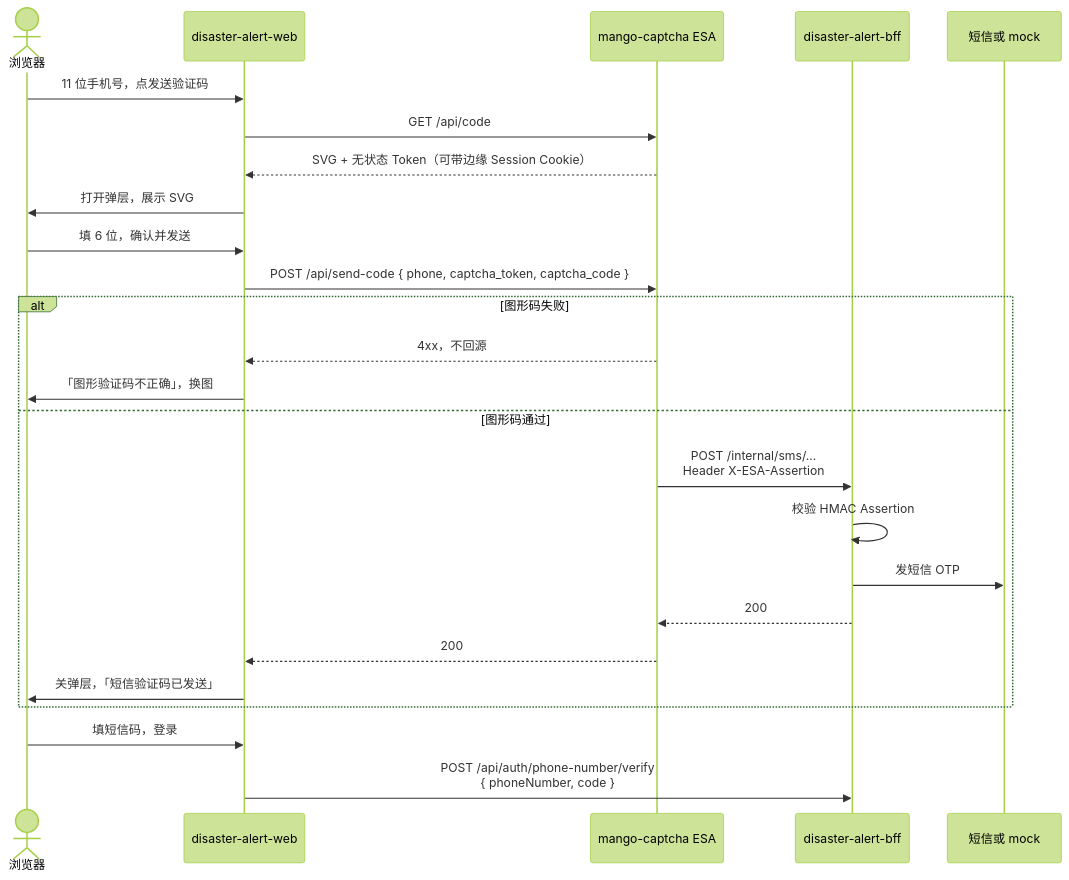
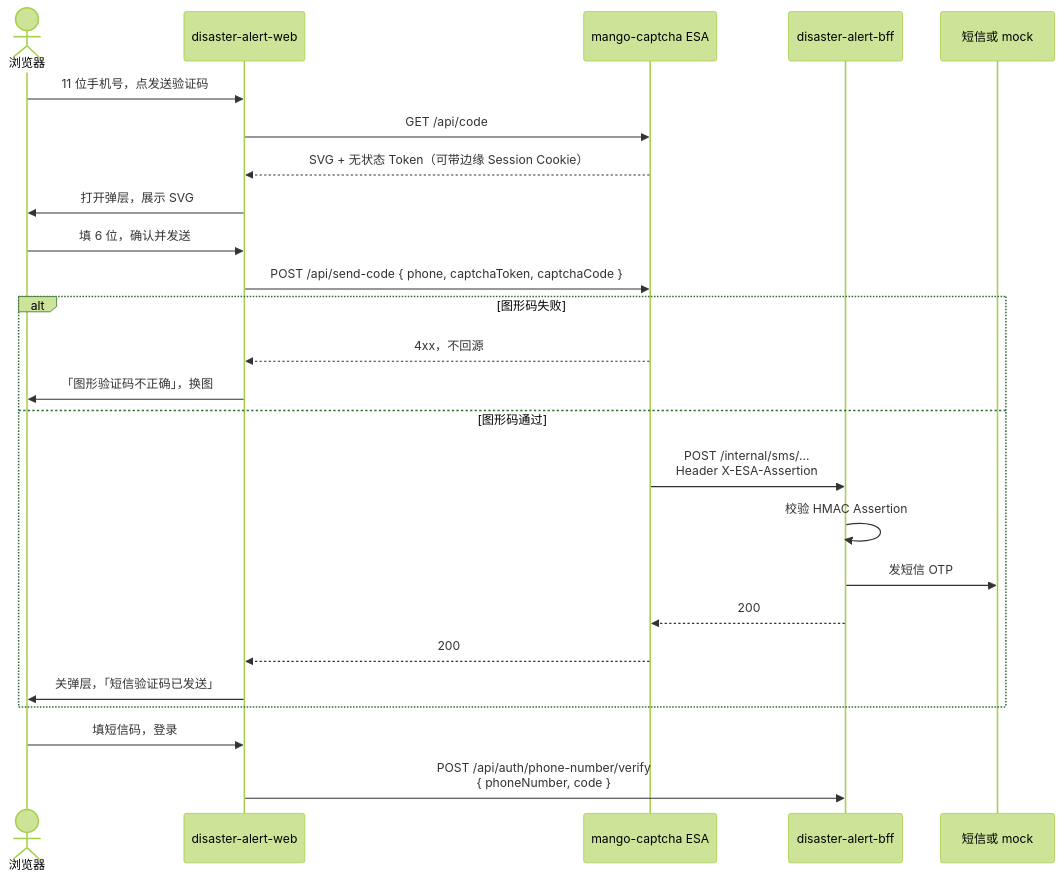
Before and after one commit to luyi2008/disaster-alert-web: the diagram in docs/superpowers/specs/2026-09-08-login-captcha-tech.md, drawn with Mermaid (forest theme). The commit also changed other lines of this file and 4 other files, not shown here.

````diff
--- a/docs/superpowers/specs/2026-09-08-login-captcha-tech.md
+++ b/docs/superpowers/specs/2026-09-08-login-captcha-tech.md
@@ -34,28 +34,28 @@
 ```mermaid
 sequenceDiagram
   actor U as 浏览器
   participant W as disaster-alert-web
   participant E as mango-captcha ESA
   participant B as disaster-alert-bff
   participant S as 短信或 mock
 
   U->>W: 11 位手机号，点发送验证码
   W->>E: GET /api/code
   E-->>W: SVG + 无状态 Token（可带边缘 Session Cookie）
   W->>U: 打开弹层，展示 SVG
   U->>W: 填 6 位，确认并发送
-  W->>E: POST /api/send-code { phone, captcha_token, captcha_code }
+  W->>E: POST /api/send-code { phone, captchaToken, captchaCode }
   alt 图形码失败
     E-->>W: 4xx，不回源
     W->>U: 「图形验证码不正确」，换图
   else 图形码通过
     E->>B: POST /internal/sms/...<br/>Header X-ESA-Assertion
     B->>B: 校验 HMAC Assertion
     B->>S: 发短信 OTP
     B-->>E: 200
     E-->>W: 200
     W->>U: 关弹层，「短信验证码已发送」
   end
   U->>W: 填短信码，登录
   W->>B: POST /api/auth/phone-number/verify<br/>{ phoneNumber, code }
 ```
````
